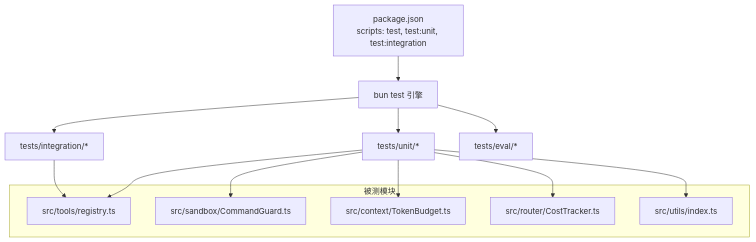
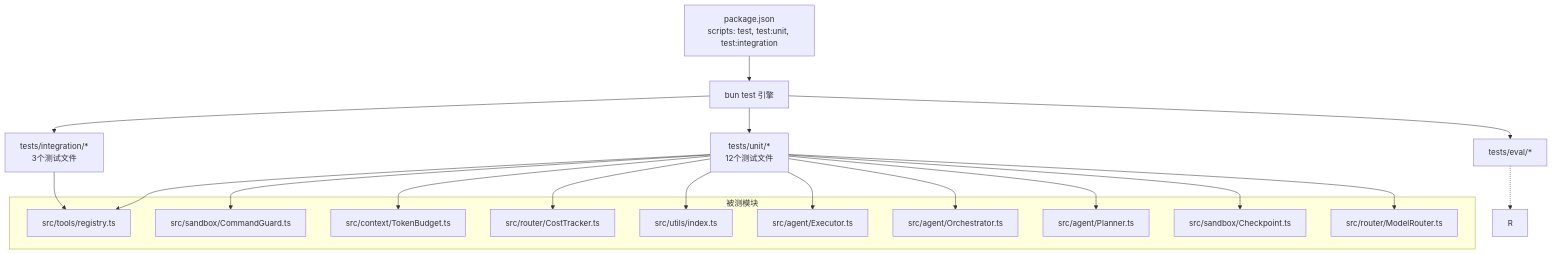
Before and after one commit to matter000/Nexus: the first of 3 diagrams in .qoder/repowiki/zh/content/测试指南.md, drawn with Mermaid. The commit also changed other lines of this file and 64 other files, not shown here.

````diff
--- a/.qoder/repowiki/zh/content/测试指南.md
+++ b/.qoder/repowiki/zh/content/测试指南.md
@@ -42,20 +65,31 @@
 ```mermaid
 graph TB
 A["package.json<br/>scripts: test, test:unit, test:integration"] --> B["bun test 引擎"]
-B --> C["tests/unit/*"]
-B --> D["tests/integration/*"]
+B --> C["tests/unit/*<br/>12个测试文件"]
+B --> D["tests/integration/*<br/>3个测试文件"]
 B --> E["tests/eval/*"]
 subgraph "被测模块"
 F["src/tools/registry.ts"]
 G["src/sandbox/CommandGuard.ts"]
 H["src/context/TokenBudget.ts"]
 I["src/router/CostTracker.ts"]
 J["src/utils/index.ts"]
+K["src/agent/Executor.ts"]
+L["src/agent/Orchestrator.ts"]
+M["src/agent/Planner.ts"]
+N["src/sandbox/Checkpoint.ts"]
+O["src/router/ModelRouter.ts"]
 end
 C --> F
 C --> G
 C --> H
 C --> I
 C --> J
+C --> K
+C --> L
+C --> M
+C --> N
+C --> O
 D --> F
+E -.-> R
 ```
````
